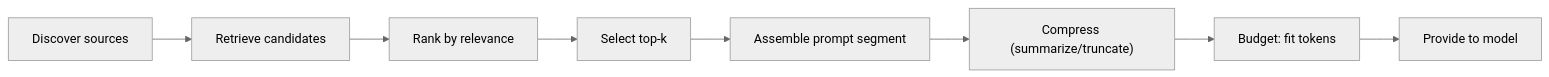
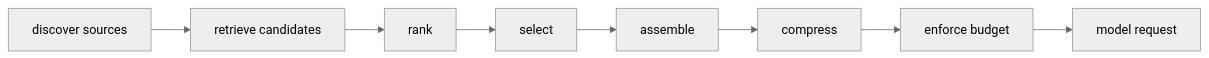
One commit to balureddy003/Naro changed the diagram in docs/learn/06-context-engineering.md. Above: the diagram before and after it, drawn with Mermaid (neutral theme). The commit also changed other lines of this file and 52 other files, not shown here.

````diff
--- a/docs/learn/06-context-engineering.md
+++ b/docs/learn/06-context-engineering.md
@@ -16,7 +12,10 @@
 ```mermaid
 flowchart LR
-    D["Discover sources"] --> R["Retrieve candidates"]
-    R --> RK["Rank by relevance"] --> S["Select top-k"]
-    S --> A["Assemble prompt segment"] --> C["Compress (summarize/truncate)"]
-    C --> B["Budget: fit tokens"] --> P["Provide to model"]
+    D["discover sources"] --> R["retrieve candidates"]
+    R --> RK["rank"]
+    RK --> S["select"]
+    S --> A["assemble"]
+    A --> C["compress"]
+    C --> B["enforce budget"]
+    B --> P["model request"]
 ```
````
